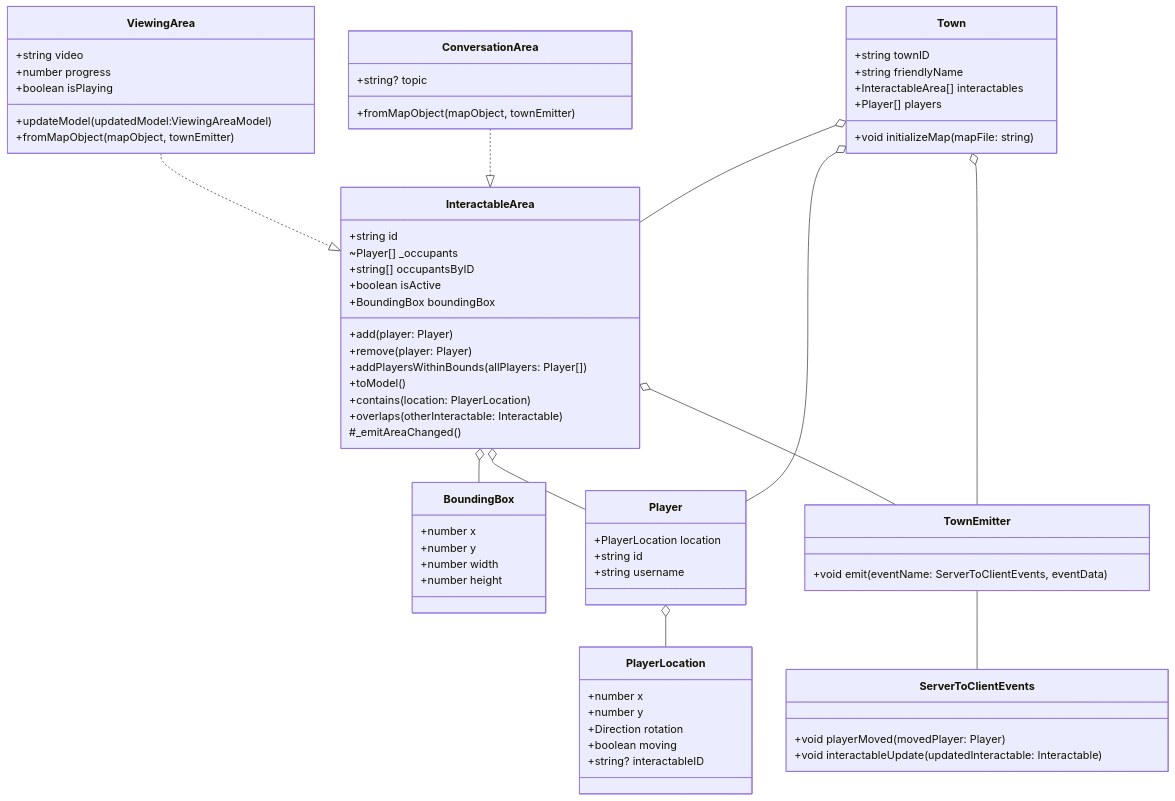
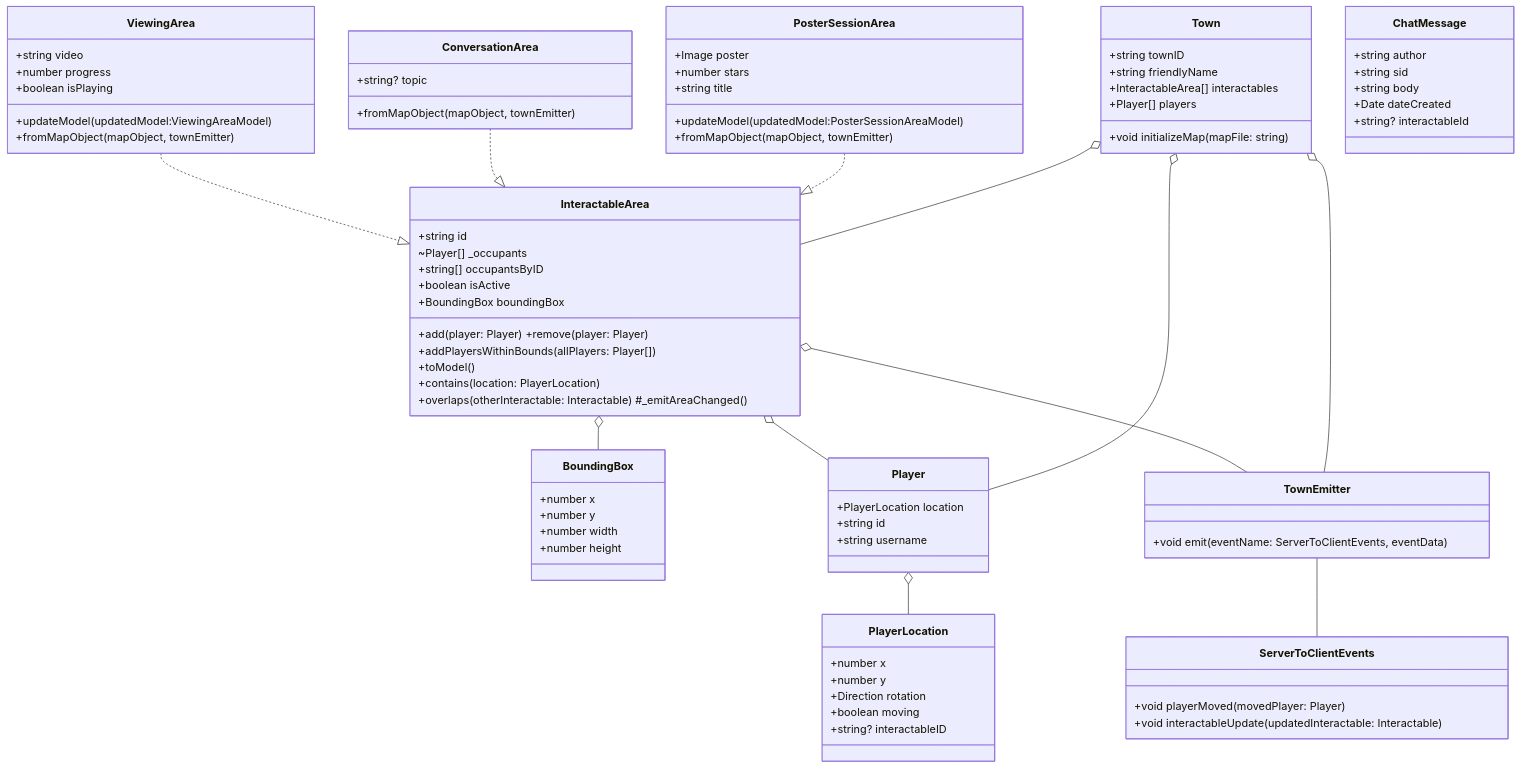
The diagram in Assignments/ip1/ip1.md (neu-se/CS4530-Spring-2023), drawn with Mermaid before and after one commit. The commit also changed 3 other files, not shown here.

Commit message:
updated mermaid code in IP1 for UML diagram

```diff
--- a/Assignments/ip1/ip1.md
+++ b/Assignments/ip1/ip1.md
@@ -51,73 +51,85 @@
 <div class="mermaid">
  %%{init: { 'theme':'forest', } }%%
-classDiagram
-   class InteractableArea {
-       +string id
-       ~Player[] _occupants
-       +string[] occupantsByID
-       +boolean isActive
-       +BoundingBox boundingBox
-       +add(player: Player)
-       +remove(player: Player)
-       +addPlayersWithinBounds(allPlayers: Player[])
-       +toModel()
-       +contains(location: PlayerLocation)
-       +overlaps(otherInteractable: Interactable)
-       #_emitAreaChanged()
-   }
+classDiagram 
+class InteractableArea { 
+    +string id 
+    ~Player[] _occupants 
+    +string[] occupantsByID 
+    +boolean isActive 
+    +BoundingBox boundingBox 
+    +add(player: Player) +remove(player: Player) 
+    +addPlayersWithinBounds(allPlayers: Player[]) 
+    +toModel() 
+    +contains(location: PlayerLocation) 
+    +overlaps(otherInteractable: Interactable) #_emitAreaChanged() 
+} 
+class ViewingArea { 
+    +string video 
+    +number progress 
+    +boolean isPlaying 
+    +updateModel(updatedModel:ViewingAreaModel) 
+    +fromMapObject(mapObject, townEmitter) 
+} 
+class ConversationArea { 
+    +string? topic 
+    +fromMapObject(mapObject, townEmitter) 
+} 
+class PosterSessionArea { 
+    +Image poster 
+    +number stars 
+    +string title 
+    +updateModel(updatedModel:PosterSessionAreaModel) 
+    +fromMapObject(mapObject, townEmitter) 
+}
+class BoundingBox {
+    +number x 
+    +number y 
+    +number width 
+    +number height 
+} 
+class Player { 
+    +PlayerLocation location 
+    +string id 
+    +string username 
+} 
+class PlayerLocation { 
+    +number x 
+    +number y 
+    +Direction rotation 
+    +boolean moving 
+    +string? interactableID 
+} 
+class Town { 
+    +string townID 
+    +string friendlyName 
+    +InteractableArea[] interactables 
+    +Player[] players 
+    +void initializeMap(mapFile: string) 
+} 
+class TownEmitter { 
+    +void emit(eventName: ServerToClientEvents, eventData) 
+} 
+class ServerToClientEvents { 
+    +void playerMoved(movedPlayer: Player) 
+    +void interactableUpdate(updatedInteractable: Interactable) 
+} 
+class ChatMessage {
+    +string author
+    +string sid
+    +string body
+    +Date dateCreated
+    +string? interactableId
+}
+ViewingArea ..|> InteractableArea 
+ConversationArea ..|> InteractableArea 
+PosterSessionArea ..|> InteractableArea
+InteractableArea o-- BoundingBox 
+InteractableArea o-- Player 
+InteractableArea o-- TownEmitter 
+Player o-- PlayerLocation 
+Town o-- Player 
+Town o-- InteractableArea 
+Town o-- TownEmitter 
+TownEmitter -- ServerToClientEvents
 
-   class ViewingArea {
-       +string video
-       +number progress
-       +boolean isPlaying
-       +updateModel(updatedModel:ViewingAreaModel)
-       +fromMapObject(mapObject, townEmitter)
-   }
-
-   class ConversationArea {
-       +string? topic
-       +fromMapObject(mapObject, townEmitter)
-   }
-   class BoundingBox {
-       +number x
-       +number y
-       +number width
-       +number height
-   }
-   class Player {
-       +PlayerLocation location
-       +string id
-       +string username
-   }
-   class PlayerLocation {
-       +number x
-       +number y
-       +Direction rotation
-       +boolean moving
-       +string? interactableID
-   }
-   class Town {
-       +string townID
-       +string friendlyName
-       +InteractableArea[] interactables
-       +Player[] players
-       +void initializeMap(mapFile: string)
-   }
-   class TownEmitter {
-       +void emit(eventName: ServerToClientEvents, eventData)
-   }
-   class ServerToClientEvents {
-       +void playerMoved(movedPlayer: Player)
-       +void interactableUpdate(updatedInteractable: Interactable)
-   }
-   ViewingArea ..|> InteractableArea
-   ConversationArea ..|> InteractableArea
-   InteractableArea o-- BoundingBox
-   InteractableArea o-- Player
-   InteractableArea o-- TownEmitter
-   Player o-- PlayerLocation
-   Town o-- Player
-   Town o-- InteractableArea
-   Town o-- TownEmitter
-   TownEmitter -- ServerToClientEvents
 </div>
```
